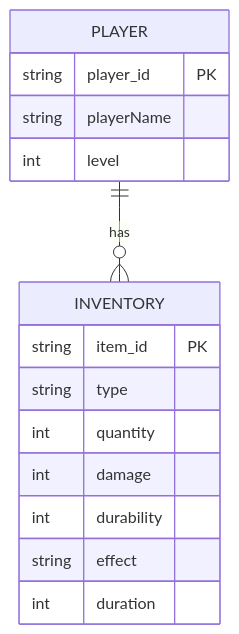
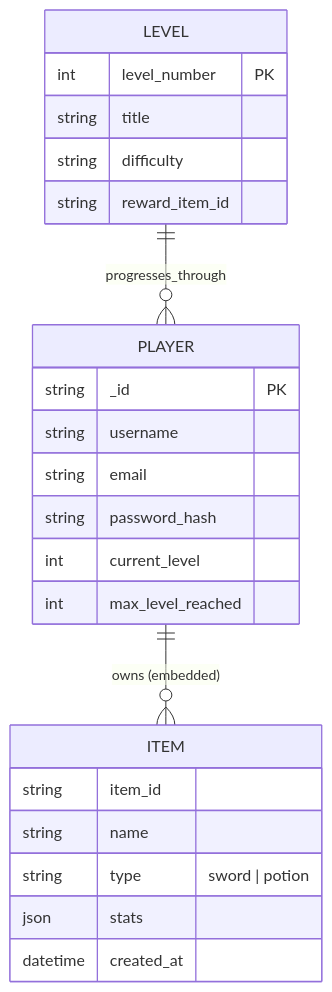
Before and after one commit to Rosario-sanchez-marin/RPG-Inventory-System: the diagram in project-root/docs/schema.md, drawn with Mermaid.

````diff
--- a/project-root/docs/schema.md
+++ b/project-root/docs/schema.md
@@ -3,21 +3,30 @@
 ```mermaid   
 
 erDiagram
+    PLAYER ||--o{ ITEM : "owns (embedded)"
     PLAYER {
-        string player_id PK
-        string playerName
-        int level
-    }
-    INVENTORY {
-        string item_id PK
-        string type
-        int quantity
-        int damage
-        int durability
-        string effect
-        int duration
+        string _id PK
+        string username
+        string email
+        string password_hash
+        int current_level
+        int max_level_reached
     }
 
-    PLAYER ||--o{ INVENTORY : has
+    ITEM {
+        string item_id
+        string name
+        string type "sword | potion"
+        json stats
+        datetime created_at
+    }
+
+    LEVEL ||--o{ PLAYER : "progresses_through"
+    LEVEL {
+        int level_number PK
+        string title
+        string difficulty
+        string reward_item_id
+    }
 
 ```
````
